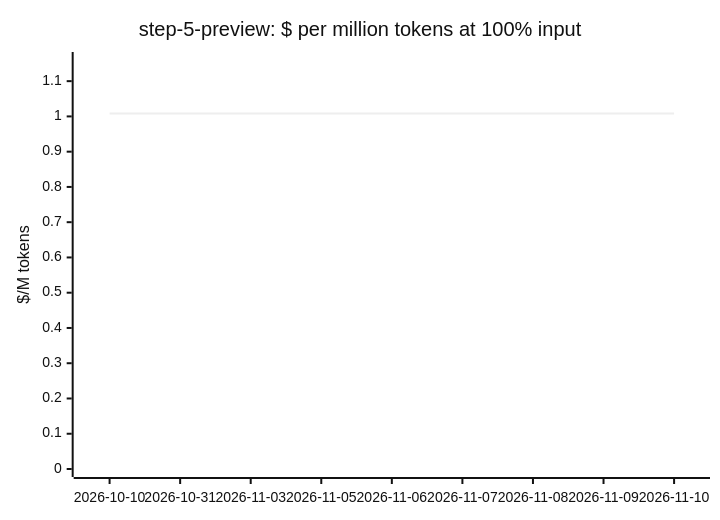
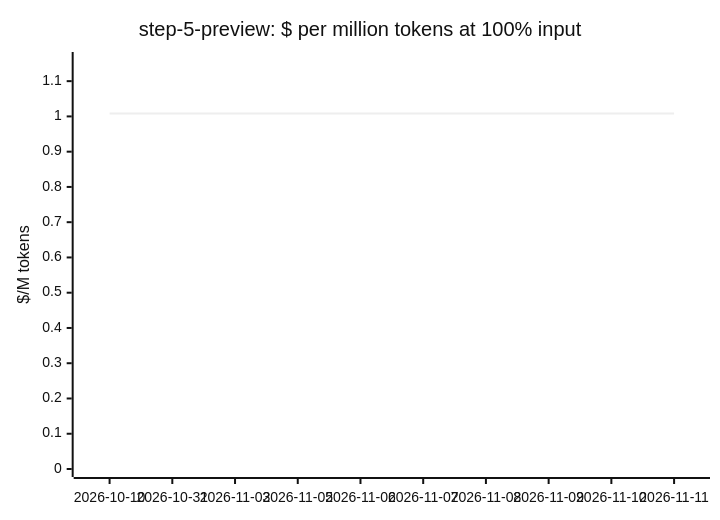
Before and after one commit to cklukas/OMEGA_TRANSFORM: diagram 15 of 19 in docs/openrouter-models.md, drawn with Mermaid (neutral theme). The commit also changed other lines of this file and 43 other files, not shown here.

````diff
--- a/docs/openrouter-models.md
+++ b/docs/openrouter-models.md
@@ -266,7 +266,7 @@
 ```mermaid
 xychart-beta
     title "step-5-preview: $ per million tokens at 100% input"
-    x-axis ["2026-10-10", "2026-10-31", "2026-11-03", "2026-11-05", "2026-11-06", "2026-11-07", "2026-11-08", "2026-11-09", "2026-11-10"]
+    x-axis ["2026-10-10", "2026-10-31", "2026-11-03", "2026-11-05", "2026-11-06", "2026-11-07", "2026-11-08", "2026-11-09", "2026-11-10", "2026-11-11"]
     y-axis "$/M tokens" 0 --> 1.16
-    line [1.008, 1.008, 1.008, 1.008, 1.008, 1.008, 1.008, 1.008, 1.008]
+    line [1.008, 1.008, 1.008, 1.008, 1.008, 1.008, 1.008, 1.008, 1.008, 1.008]
 ```
````
